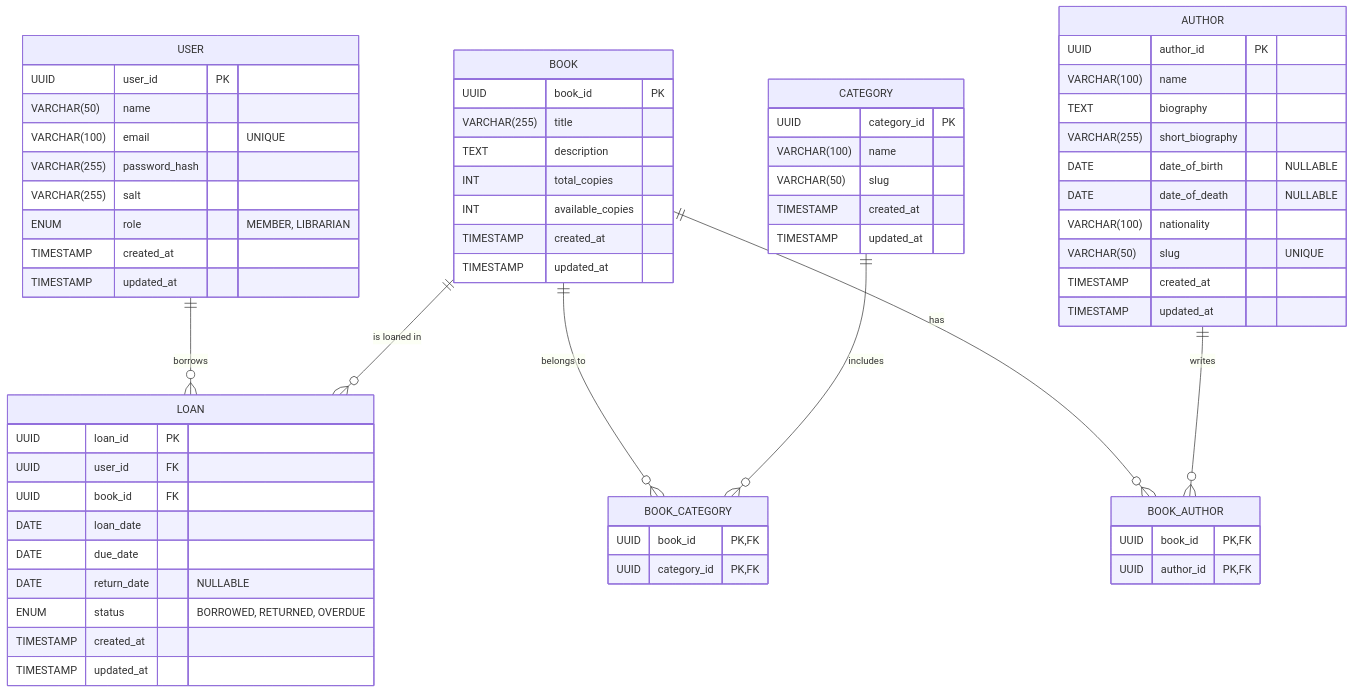
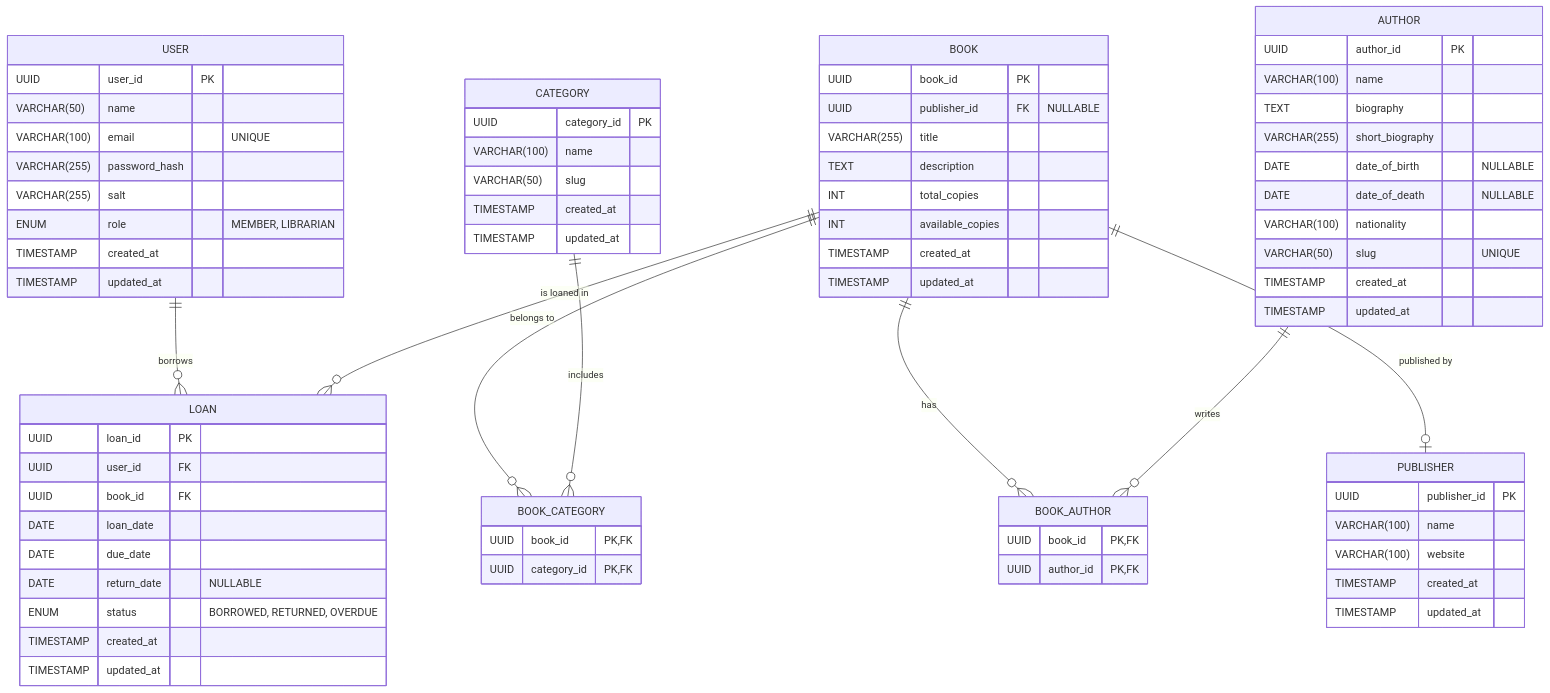
The diagram in README.md (2giosangmitom/library-management), drawn with Mermaid before and after one commit. The commit also changed 2 other files, not shown here.

Commit message:
feat(database): add Publisher model and link to Book with publisher_id

```diff
--- a/README.md
+++ b/README.md
@@ -42,6 +42,7 @@
 
   BOOK {
     UUID book_id PK
+    UUID publisher_id FK "NULLABLE"
     VARCHAR(255) title
     TEXT description
     INT total_copies
@@ -60,6 +61,14 @@
     UUID category_id PK, FK
   }
 
+  PUBLISHER {
+    UUID publisher_id PK
+    VARCHAR(100) name
+    VARCHAR(100) website
+    TIMESTAMP created_at
+    TIMESTAMP updated_at
+  }
+
   LOAN {
     UUID loan_id PK
     UUID user_id FK
@@ -75,6 +84,7 @@
   USER ||--o{ LOAN: "borrows"
   BOOK ||--o{ LOAN: "is loaned in"
   BOOK ||--o{ BOOK_AUTHOR: "has"
+  BOOK ||--o| PUBLISHER: "published by"
   AUTHOR ||--o{ BOOK_AUTHOR: "writes"
   BOOK ||--o{ BOOK_CATEGORY: "belongs to"
   CATEGORY ||--o{ BOOK_CATEGORY: "includes"
```
